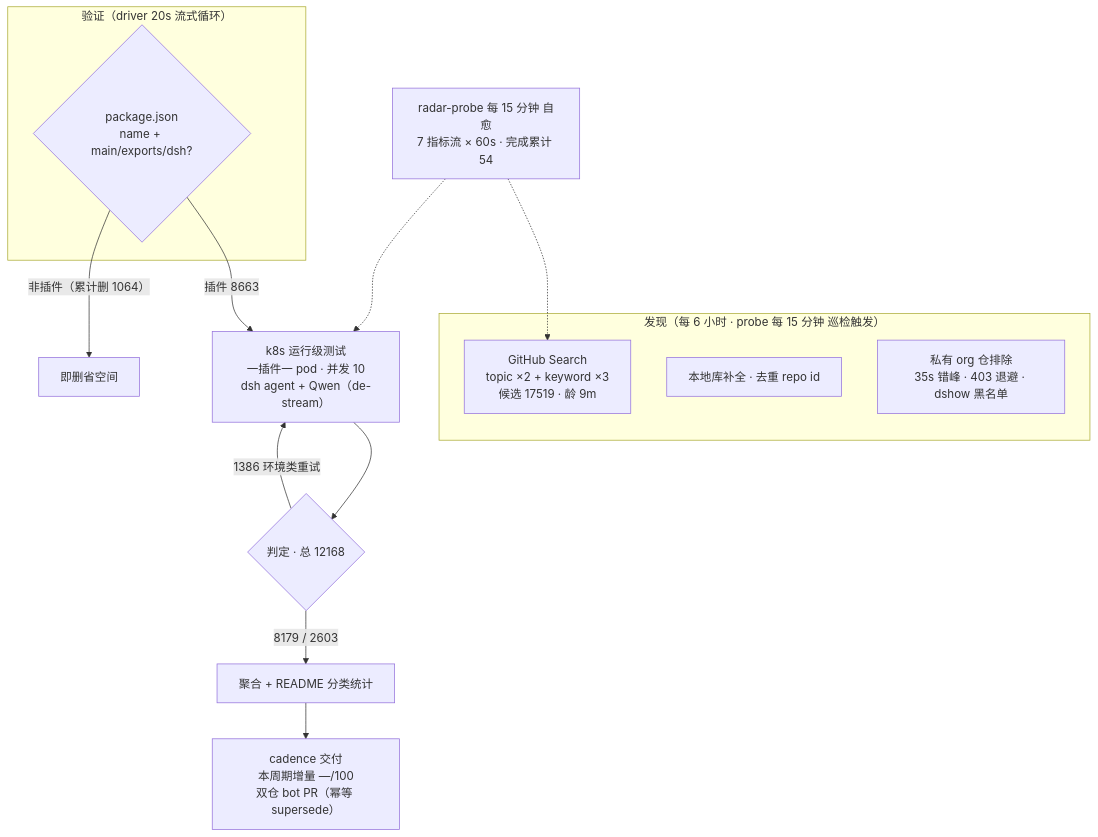
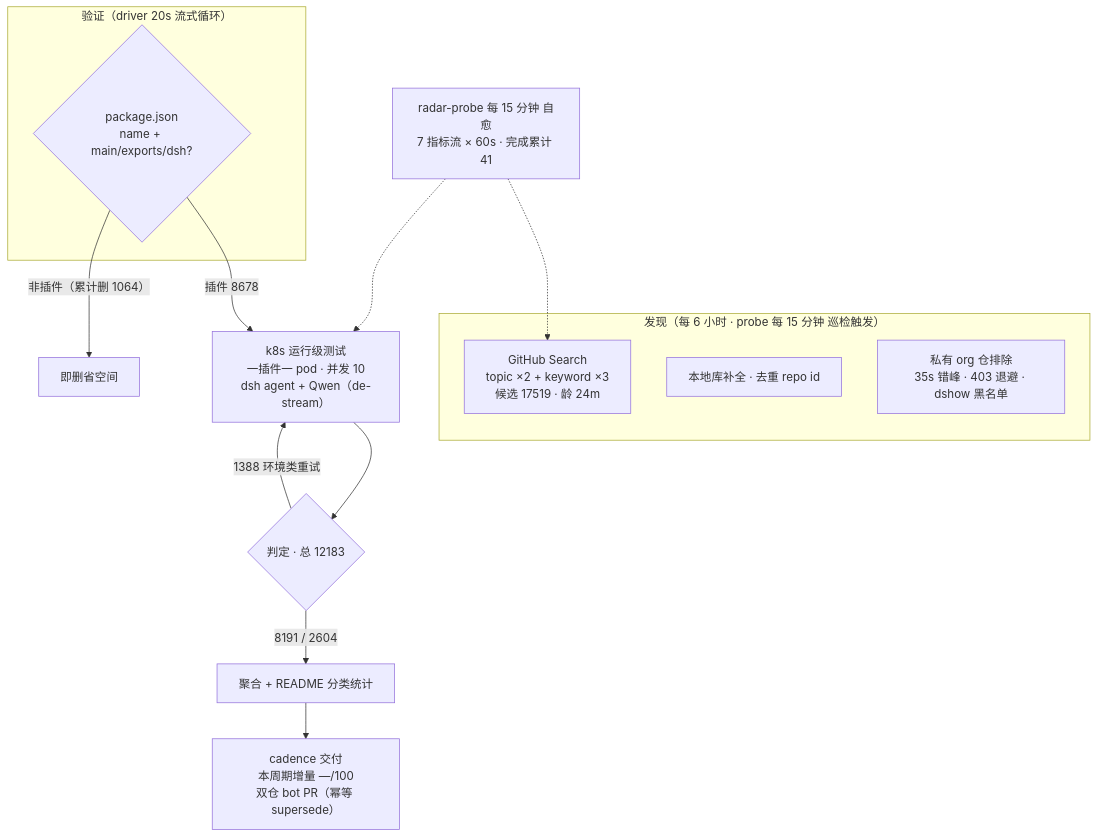
The diagram in README.md (Zhidao-Lab-OSS/awesome-dsh-plugins), drawn with Mermaid before and after one commit. The commit also changed other lines of this file and 1 other file, not shown here.

````diff
--- a/README.md
+++ b/README.md
@@ -52,20 +52,20 @@
 ```mermaid
 flowchart TB
     subgraph Discovery["发现（每 6 小时 · probe 每 15 分钟 巡检触发）"]
-        A1["GitHub Search<br/>topic ×2 + keyword ×3<br/>候选 17519 · 龄 9m"]
+        A1["GitHub Search<br/>topic ×2 + keyword ×3<br/>候选 17519 · 龄 24m"]
         A2["本地库补全 · 去重 repo id"]
         A3["私有 org 仓排除<br/>35s 错峰 · 403 退避 · dshow 黑名单"]
     end
     subgraph Validation["验证（driver 20s 流式循环）"]
         B1{"package.json<br/>name + main/exports/dsh?"}
     end
-    B1 -->|"插件 8663"| C1["k8s 运行级测试<br/>一插件一 pod · 并发 10<br/>dsh agent + Qwen（de-stream）"]
+    B1 -->|"插件 8678"| C1["k8s 运行级测试<br/>一插件一 pod · 并发 10<br/>dsh agent + Qwen（de-stream）"]
     B1 -->|"非插件（累计删 1064）"| B3["即删省空间"]
-    C1 --> D1{"判定 · 总 12168"}
-    D1 -->|"8179 / 2603"| E1["聚合 + README 分类统计"]
-    D1 -->|"1386 环境类重试"| C1
+    C1 --> D1{"判定 · 总 12183"}
+    D1 -->|"8191 / 2604"| E1["聚合 + README 分类统计"]
+    D1 -->|"1388 环境类重试"| C1
     E1 --> E2["cadence 交付<br/>本周期增量 —/100<br/>双仓 bot PR（幂等 supersede）"]
-    M["radar-probe 每 15 分钟 自愈<br/>7 指标流 × 60s · 完成累计 54"]
+    M["radar-probe 每 15 分钟 自愈<br/>7 指标流 × 60s · 完成累计 41"]
     M -.-> A1
     M -.-> C1
 ```
````
